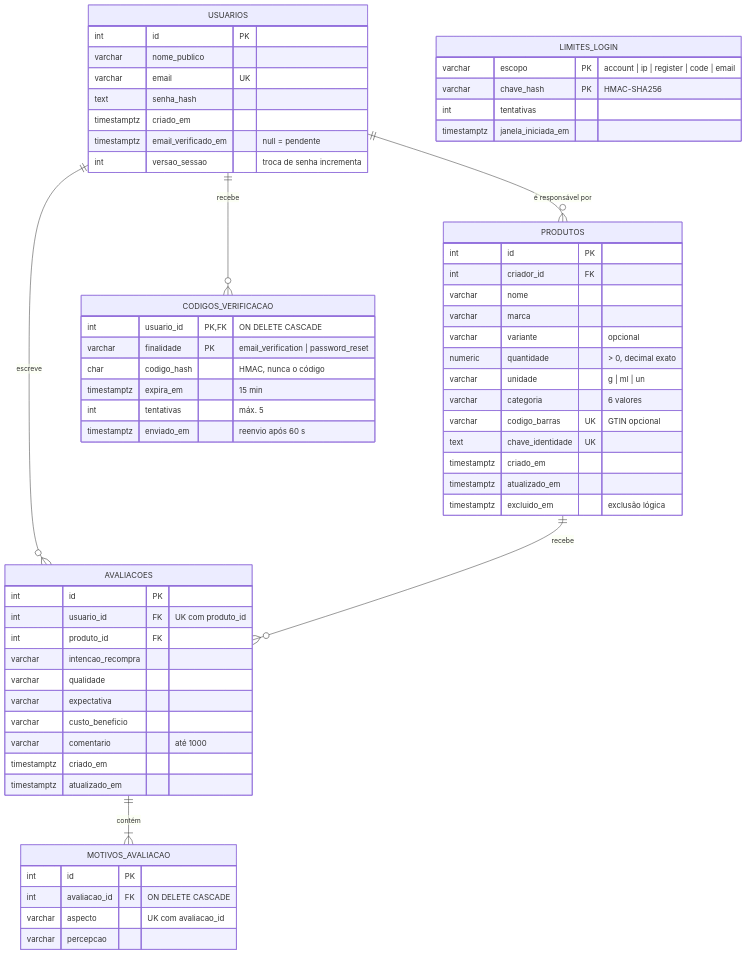
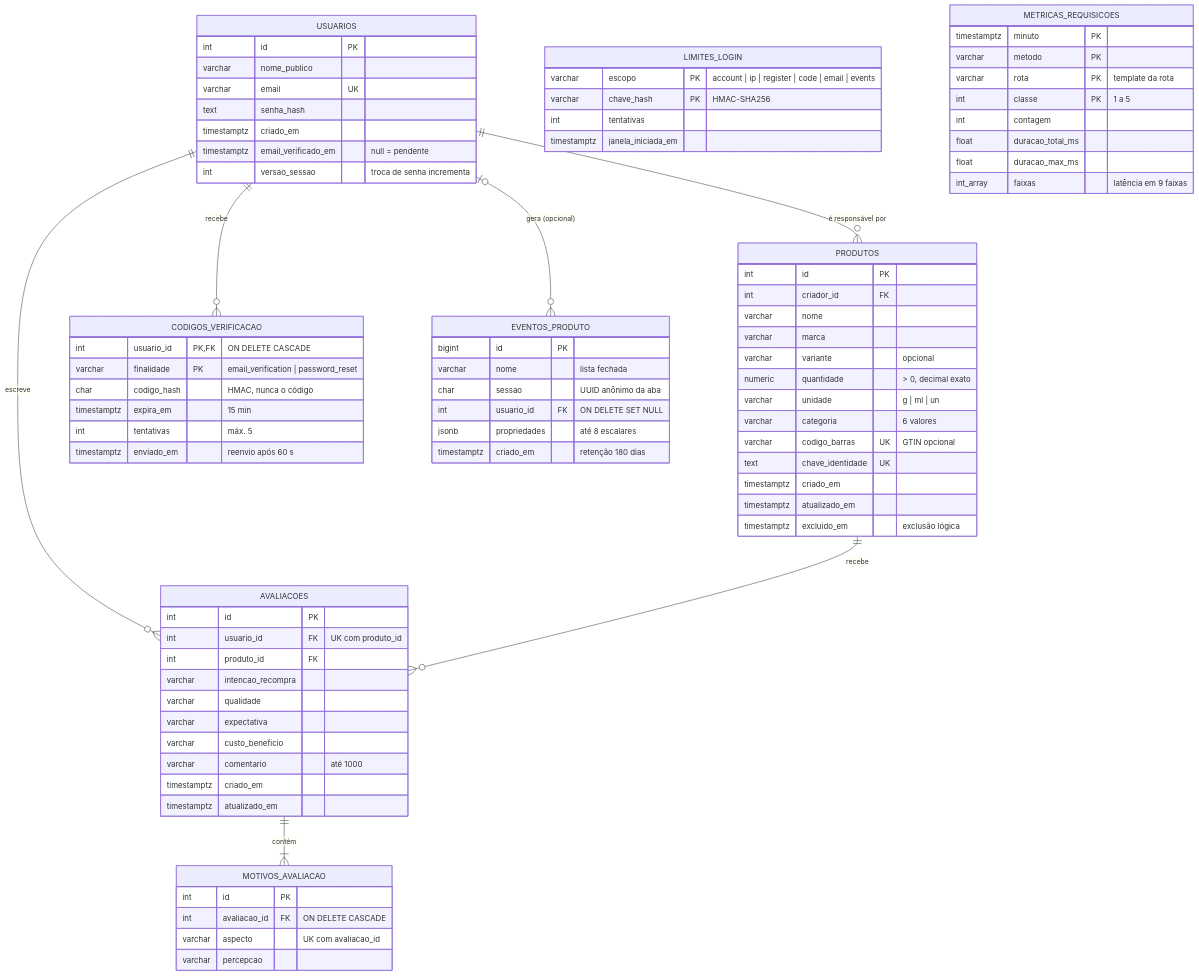
One commit to vsys-val/fastapi-merchant-app changed the third of 7 diagrams in docs/diagramas.md. Above: the diagram before and after it, drawn with Mermaid. The commit also changed other lines of this file and 15 other files, not shown here.

````diff
--- a/docs/diagramas.md
+++ b/docs/diagramas.md
@@ -60,6 +60,7 @@
   PRODUTOS ||--o{ AVALIACOES : recebe
   AVALIACOES ||--|{ MOTIVOS_AVALIACAO : contém
   USUARIOS ||--o{ CODIGOS_VERIFICACAO : recebe
+  USUARIOS |o--o{ EVENTOS_PRODUTO : "gera (opcional)"
 
   USUARIOS {
     int id PK
@@ -112,9 +113,27 @@
     varchar percepcao
   }
   LIMITES_LOGIN {
-    varchar escopo PK "account | ip | register | code | email"
+    varchar escopo PK "account | ip | register | code | email | events"
     varchar chave_hash PK "HMAC-SHA256"
     int tentativas
     timestamptz janela_iniciada_em
   }
+  EVENTOS_PRODUTO {
+    bigint id PK
+    varchar nome "lista fechada"
+    char sessao "UUID anônimo da aba"
+    int usuario_id FK "ON DELETE SET NULL"
+    jsonb propriedades "até 8 escalares"
+    timestamptz criado_em "retenção 180 dias"
+  }
+  METRICAS_REQUISICOES {
+    timestamptz minuto PK
+    varchar metodo PK
+    varchar rota PK "template da rota"
+    int classe PK "1 a 5"
+    int contagem
+    float duracao_total_ms
+    float duracao_max_ms
+    int_array faixas "latência em 9 faixas"
+  }
 ```
````
